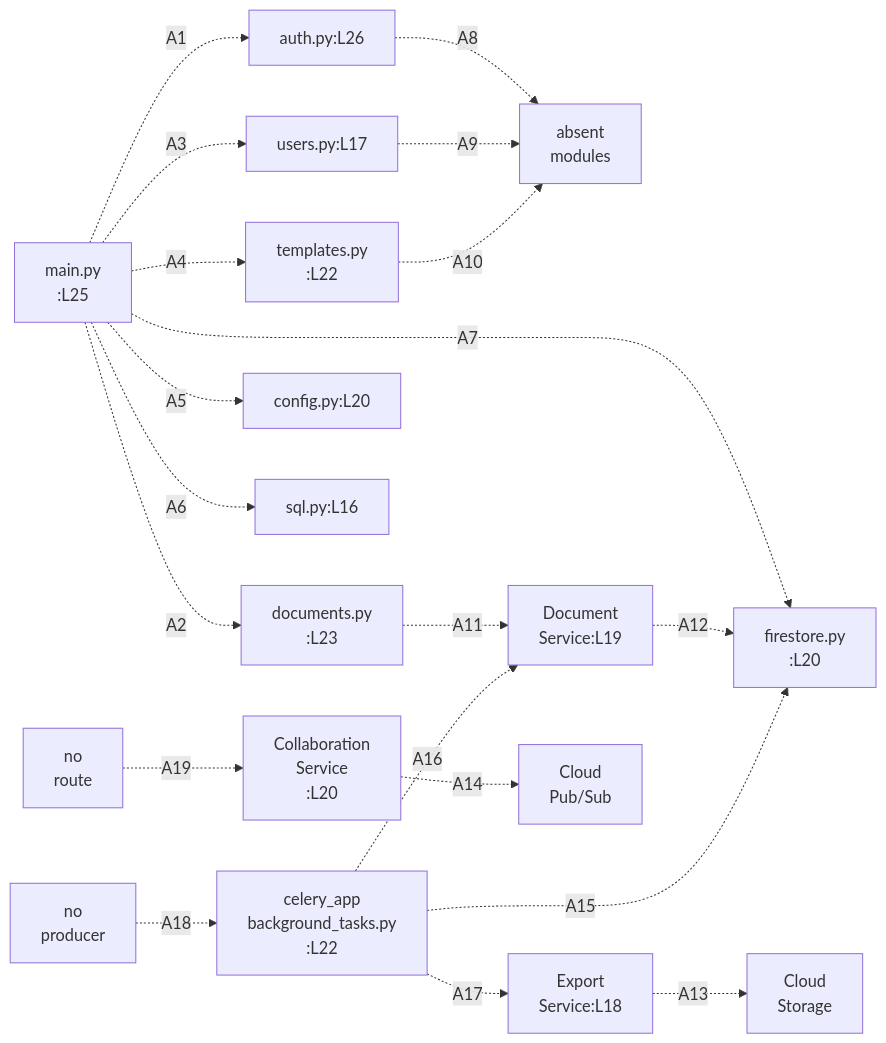
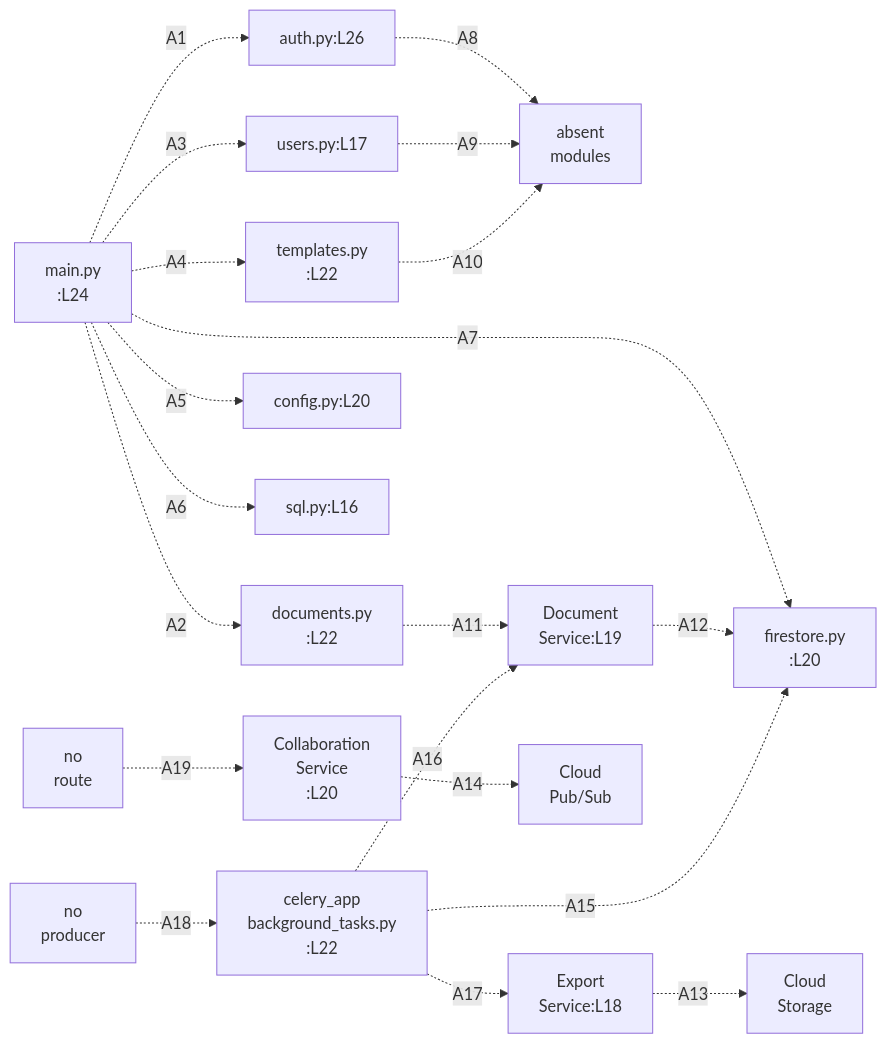
One commit to blitzy-public-samples/microsoft-word-u33ko0 changed the diagram in backend/app/README.md. Above: the diagram before and after it, drawn with Mermaid. The commit also changed other lines of this file and 25 other files, not shown here.

````diff
--- a/backend/app/README.md
+++ b/backend/app/README.md
@@ -188,48 +186,48 @@
 ```mermaid
 graph LR
     accTitle: The composition root, the four routers, the services and the adapters
     accDescr: Every edge is dashed because the package import fails at api/auth.py:L20, so no route registers and no client is constructed. Each node names its file and line, and every edge carries a key resolved in the table below the diagram.
-    MAIN["main.py<br/>:L25"]
+    MAIN["main.py<br/>:L24"]
     NOPROD["no<br/>producer"]
     NOROUTE["no<br/>route"]
 
     AUTH["auth.py:L26"]
-    DOCS["documents.py<br/>:L23"]
+    DOCS["documents.py<br/>:L22"]
     USERS["users.py:L17"]
     TMPL["templates.py<br/>:L22"]
     CFG["config.py:L20"]
     SQL["sql.py:L16"]
     TASKS["celery_app<br/>background_tasks.py<br/>:L22"]
     CSVC["Collaboration<br/>Service<br/>:L20"]
 
     ABSENT["absent<br/>modules"]
     DSVC["Document<br/>Service:L19"]
     ESVC["Export<br/>Service:L18"]
 
     FS["firestore.py<br/>:L20"]
     STORE["Cloud<br/>Storage"]
     PUBSUB["Cloud<br/>Pub/Sub"]
 
     MAIN -.->|"A1"| AUTH
     MAIN -.->|"A2"| DOCS
     MAIN -.->|"A3"| USERS
     MAIN -.->|"A4"| TMPL
     MAIN -.->|"A5"| CFG
     MAIN -.->|"A6"| SQL
     MAIN -.->|"A7"| FS
     AUTH -.->|"A8"| ABSENT
     USERS -.->|"A9"| ABSENT
     TMPL -.->|"A10"| ABSENT
     DOCS -.->|"A11"| DSVC
     DSVC -.->|"A12"| FS
     ESVC -.->|"A13"| STORE
     CSVC -.->|"A14"| PUBSUB
     TASKS -.->|"A15"| FS
     TASKS -.->|"A16"| DSVC
     TASKS -.->|"A17"| ESVC
     NOPROD -.->|"A18"| TASKS
     NOROUTE -.->|"A19"| CSVC
 
 %% Every edge above is dashed: package import fails at api/auth.py:L20, so no route
 %% registers, no client is ever constructed, and nothing downstream executes.
 ```
````
